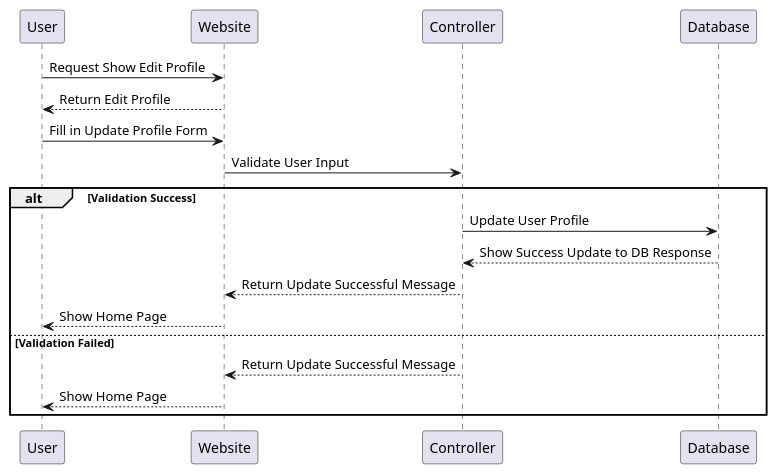
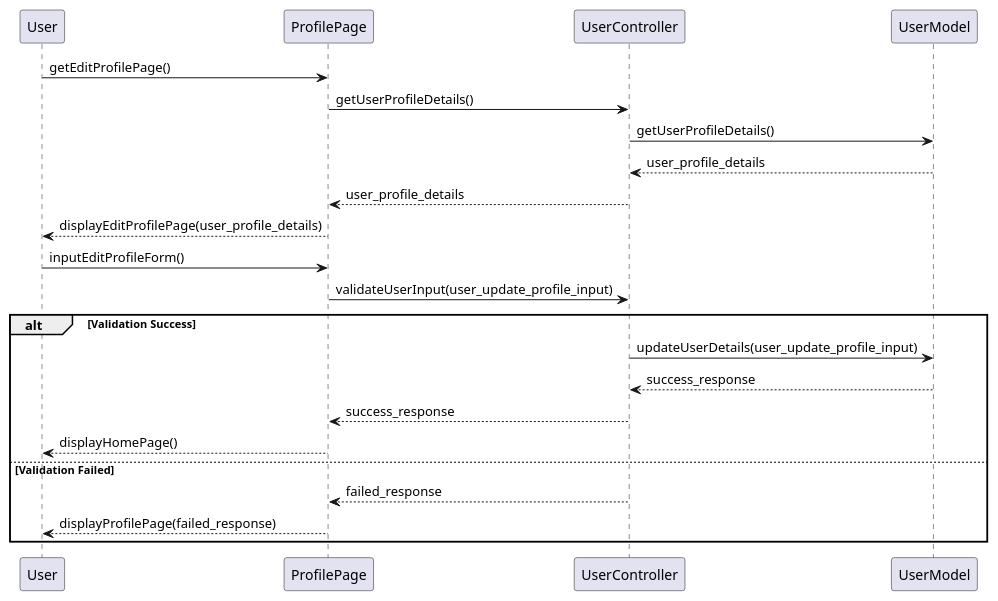
The diagram in Design/BHFMS_SEQUENCE/Edit Profile.puml (AntWort21/BHFMS), drawn with PlantUML before and after one commit. The commit also changed 12 other files, not shown here.

Commit message:
updated sequence diagram

```diff
--- a/Design/BHFMS_SEQUENCE/Edit Profile.puml
+++ b/Design/BHFMS_SEQUENCE/Edit Profile.puml
@@ -1,15 +1,19 @@
 @startuml
-User -> Website: Request Show Edit Profile
-User <-- Website: Return Edit Profile
-User -> Website: Fill in Update Profile Form
-Website -> Controller: Validate User Input
+User -> ProfilePage: getEditProfilePage()
+ProfilePage -> UserController: getUserProfileDetails()
+UserController -> UserModel: getUserProfileDetails()
+UserController <-- UserModel: user_profile_details
+ProfilePage <-- UserController: user_profile_details
+User <-- ProfilePage: displayEditProfilePage(user_profile_details)
+User -> ProfilePage: inputEditProfileForm()
+ProfilePage -> UserController: validateUserInput(user_update_profile_input)
 alt Validation Success
-        Controller -> Database: Update User Profile
-        Controller <-- Database: Show Success Update to DB Response
-        Website <-- Controller: Return Update Successful Message
-        User <-- Website: Show Home Page
+        UserController -> UserModel: updateUserDetails(user_update_profile_input)
+        UserController <-- UserModel: success_response
+        ProfilePage <-- UserController: success_response
+        User <-- ProfilePage: displayHomePage()
 else Validation Failed
-        Website <-- Controller: Return Update Successful Message
-        User <-- Website: Show Home Page
+        ProfilePage <-- UserController: failed_response
+        User <-- ProfilePage: displayProfilePage(failed_response)
 end
 @enduml
```
